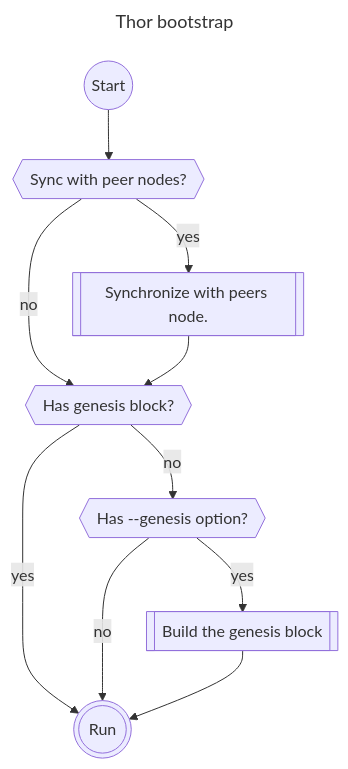
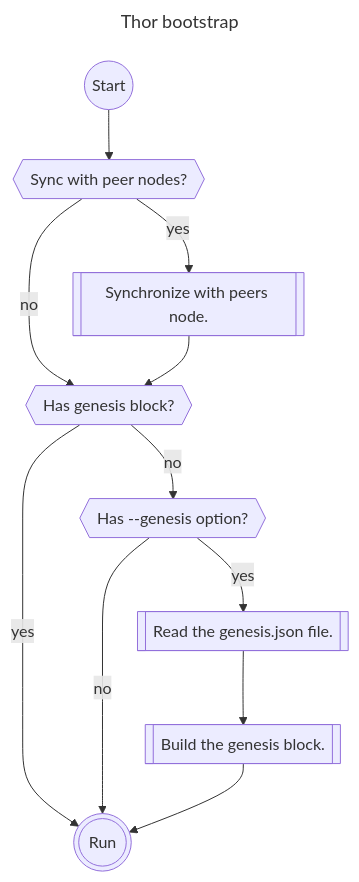
One commit to vechain/vechain-sdk-js-tutorial changed the diagram in src/4.Accounts/Thor.md. Above: the diagram before and after it, drawn with Mermaid.

Commit message:
Thor explained

````diff
--- a/src/4.Accounts/Thor.md
+++ b/src/4.Accounts/Thor.md
@@ -121,22 +121,24 @@
 ```mermaid
 ---
 title: Thor bootstrap
 ---
 flowchart TD
    start((Start))
    is_to_synch{{Sync with peer nodes?}}
    synchronize[[Synchronize with peers node.]]
    has_genesis_block{{Has genesis block?}}
    has_genesis_option{{Has --genesis option?}}
-   build_genesis[[Build the genesis block]]
+   read_genesis[[Read the genesis.json file.]]
+   build_genesis[[Build the genesis block.]]
    run(((Run)))
    start --> is_to_synch
    is_to_synch -->|yes|synchronize
    is_to_synch -->|no| has_genesis_block
    synchronize --> has_genesis_block
    has_genesis_block -->|no|has_genesis_option
    has_genesis_block -->|yes|run
-   has_genesis_option -->|yes|build_genesis
+   has_genesis_option -->|yes|read_genesis
+   read_genesis --> build_genesis
    has_genesis_option -->|no|run
    build_genesis --> run
 ```
````
